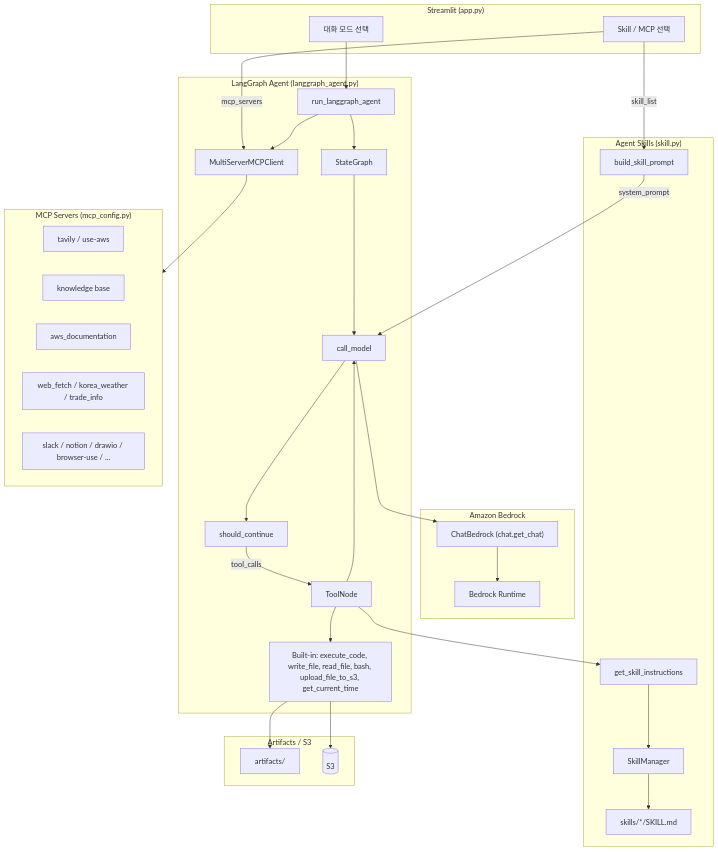
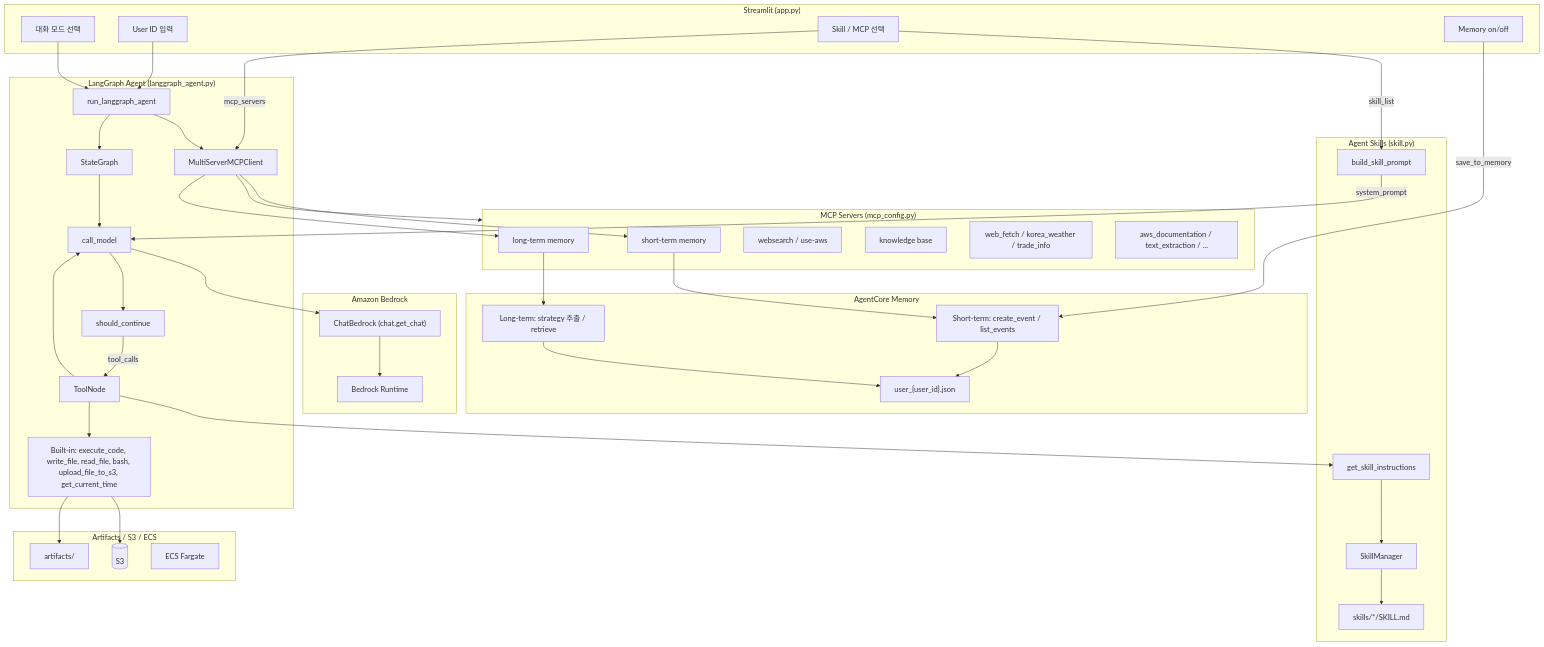
The diagram in README.md (kyopark2014/langgraph-ecs-project), drawn with Mermaid before and after one commit. The commit also changed other lines of this file and 13 other files, not shown here.

````diff
--- a/README.md
+++ b/README.md
@@ -15,63 +246,81 @@
 ```mermaid
 flowchart TB
   subgraph UI["Streamlit (app.py)"]
+    UID[User ID 입력]
+    MEMCHK[Memory on/off]
     M[대화 모드 선택]
     SKUI[Skill / MCP 선택]
+  end
+
+  subgraph MemoryStack["AgentCore Memory"]
+    STM[Short-term: create_event / list_events]
+    LTM[Long-term: strategy 추출 / retrieve]
+    UJSON["user_{user_id}.json"]
   end
 
   subgraph LLM["Amazon Bedrock"]
     BR[Bedrock Runtime]
     CB["ChatBedrock (chat.get_chat)"]
   end
 
   subgraph Skills["Agent Skills (skill.py)"]
     SRC["skills/*/SKILL.md"]
     SM[SkillManager]
     BSP[build_skill_prompt]
     GSI[get_skill_instructions]
   end
 
   subgraph LangGraphStack["LangGraph Agent (langgraph_agent.py)"]
     RLA[run_langgraph_agent]
     SG[StateGraph]
     CM[call_model]
     TN[ToolNode]
     SC[should_continue]
     BT["Built-in: execute_code, write_file, read_file, bash, upload_file_to_s3, get_current_time"]
     MCPC[MultiServerMCPClient]
   end
 
   subgraph MCPServers["MCP Servers (mcp_config.py)"]
-    T[tavily / use-aws]
+    STMCP[short-term memory]
+    LTMCP[long-term memory]
+    T[websearch / use-aws]
     R[knowledge base]
-    AWS[aws_documentation]
     WF[web_fetch / korea_weather / trade_info]
-    OTH[slack / notion / drawio / browser-use / ...]
+    OTH[aws_documentation / text_extraction / ...]
   end
 
-  subgraph Storage["Artifacts / S3"]
+  subgraph Storage["Artifacts / S3 / ECS"]
     ART[artifacts/]
     S3[(S3)]
+    ECS[ECS Fargate]
   end
 
+  UID --> RLA
+  MEMCHK -->|save_to_memory| STM
   M --> RLA
   SKUI -->|skill_list| BSP
   SKUI -->|mcp_servers| MCPC
 
   RLA --> SG
   SG --> CM
   CM --> SC
   SC -->|tool_calls| TN
   TN --> CM
   CM --> CB
   CB --> BR
   TN --> BT
   TN --> GSI
   RLA --> MCPC
   BSP -->|system_prompt| CM
   GSI --> SM
   SM --> SRC
   MCPC --> MCPServers
+  MCPC --> STMCP
+  MCPC --> LTMCP
+  STMCP --> STM
+  LTMCP --> LTM
+  STM --> UJSON
+  LTM --> UJSON
   BT --> ART
   BT --> S3
 ```
````
